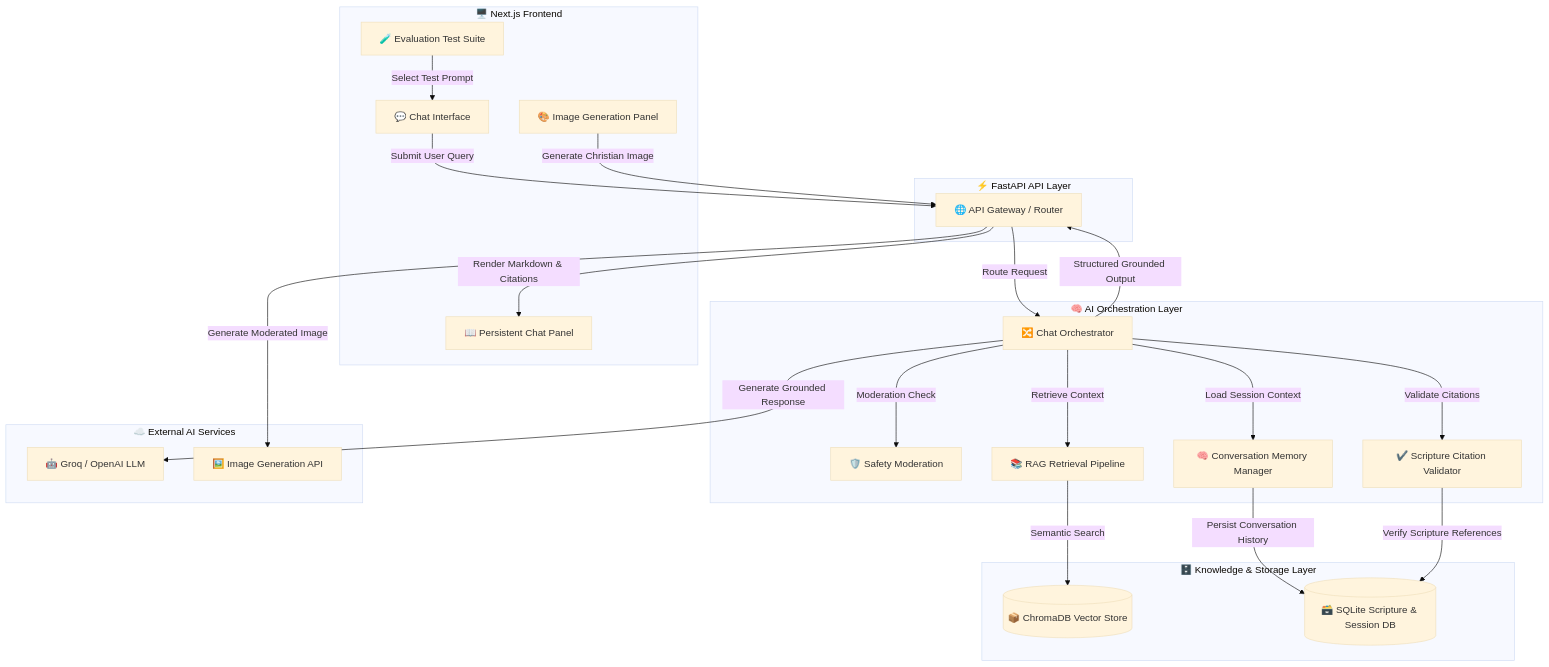
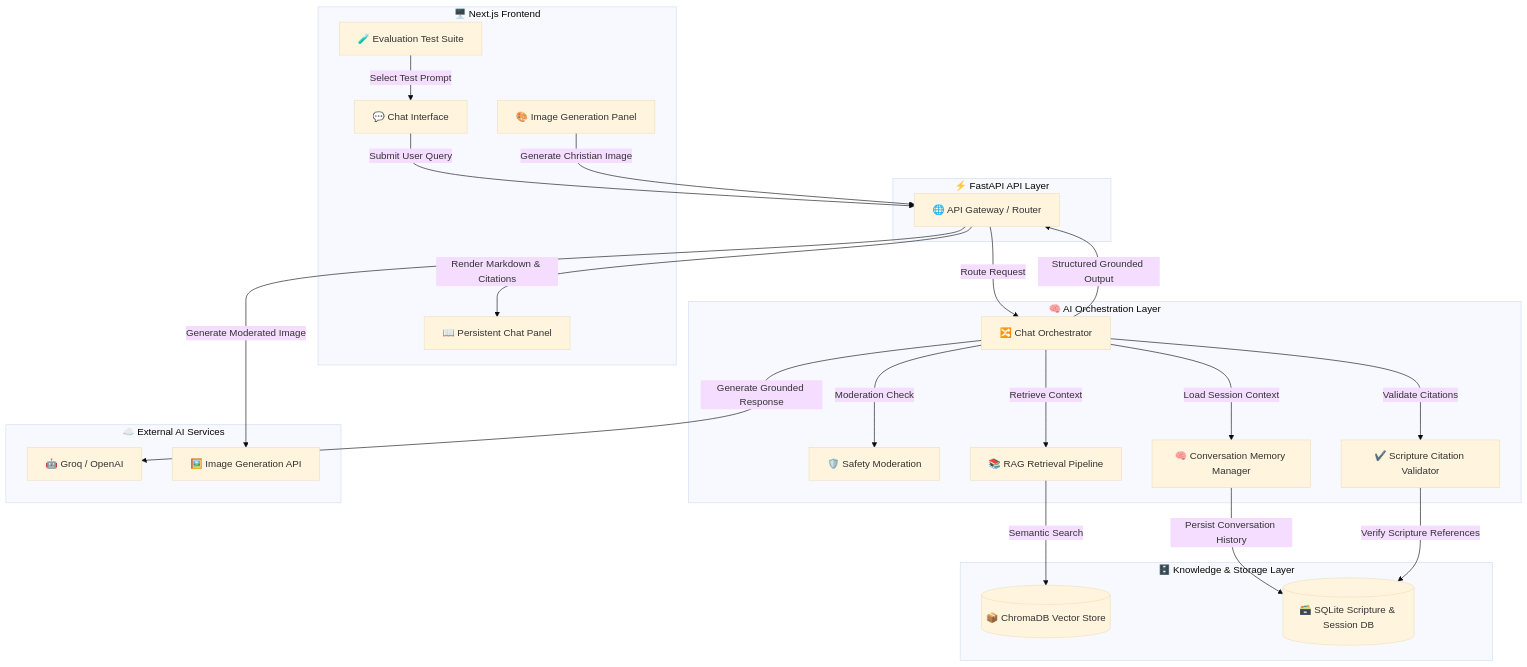
One commit to JayeshMahajan8055/FaithAssist-AI changed the diagram in README.md. Above: the diagram before and after it, drawn with Mermaid (base theme). The commit also changed other lines of this file, not shown here.

````diff
--- a/README.md
+++ b/README.md
@@ -211,14 +275,14 @@
     %% =====================================
     subgraph External["☁️ External AI Services"]
 
-        LLM["🤖 Groq / OpenAI LLM"]
+        LLM["🤖 Groq / OpenAI"]
 
         IMAGEAPI["🖼️ Image Generation API"]
 
     end
 
     %% =====================================
-    %% FRONTEND FLOW
+    %% FLOW
     %% =====================================
 
     TESTS -->|"Select Test Prompt"| UI
@@ -227,59 +291,27 @@
 
     IMG -->|"Generate Christian Image"| ROUTER
 
-    %% =====================================
-    %% API FLOW
-    %% =====================================
-
     ROUTER -->|"Route Request"| ORCH
 
-    %% =====================================
-    %% SAFETY FLOW
-    %% =====================================
-
     ORCH -->|"Moderation Check"| SAFE
-
-    %% =====================================
-    %% MEMORY FLOW
-    %% =====================================
 
     ORCH -->|"Load Session Context"| MEMORY
 
     MEMORY -->|"Persist Conversation History"| SQLITE
 
-    %% =====================================
-    %% RETRIEVAL FLOW
-    %% =====================================
-
     ORCH -->|"Retrieve Context"| RAG
 
     RAG -->|"Semantic Search"| CHROMA
 
-    %% =====================================
-    %% GENERATION FLOW
-    %% =====================================
-
     ORCH -->|"Generate Grounded Response"| LLM
-
-    %% =====================================
-    %% VALIDATION FLOW
-    %% =====================================
 
     ORCH -->|"Validate Citations"| VALID
 
     VALID -->|"Verify Scripture References"| SQLITE
 
-    %% =====================================
-    %% STRUCTURED RESPONSE FLOW
-    %% =====================================
-
     ORCH -->|"Structured Grounded Output"| ROUTER
 
     ROUTER -->|"Render Markdown & Citations"| CHAT
 
-    %% =====================================
-    %% IMAGE WORKFLOW
-    %% =====================================
-
     ROUTER -->|"Generate Moderated Image"| IMAGEAPI
 ```
````
